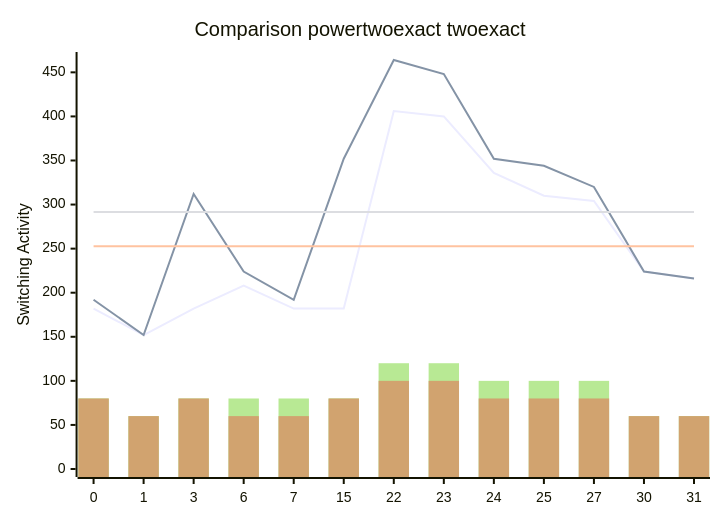
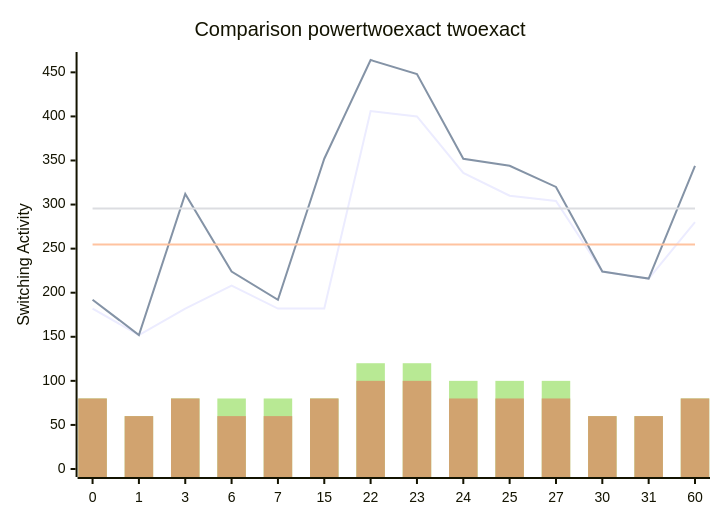
One commit to FeldmeierMichael/Exact-Power-Synthesis changed the diagram in benchmark_opt.md. Above: the diagram before and after it, drawn with Mermaid. The commit also changed other lines of this file, not shown here.

````diff
--- a/benchmark_opt.md
+++ b/benchmark_opt.md
@@ -31,12 +33,12 @@
 ```mermaid
 xychart-beta
     title "Comparison powertwoexact twoexact"
-    x-axis [0, 1, 3, 6, 7, 15, 22, 23, 24, 25, 27, 30, 31]
+    x-axis [0, 1, 3, 6, 7, 15, 22, 23, 24, 25, 27, 30, 31, 60]
     y-axis "Switching Activity" 0-->464
-    line [182, 152, 182, 208, 182, 182, 406, 400, 336, 310, 304, 224, 216]
-    line [192, 152, 312, 224, 192, 352, 464, 448, 352, 344, 320, 224, 216]
-    line [252.6153846153846, 252.6153846153846, 252.6153846153846, 252.6153846153846, 252.6153846153846, 252.6153846153846, 252.6153846153846, 252.6153846153846, 252.6153846153846, 252.6153846153846, 252.6153846153846, 252.6153846153846, 252.6153846153846]
-    line [291.6923076923077, 291.6923076923077, 291.6923076923077, 291.6923076923077, 291.6923076923077, 291.6923076923077, 291.6923076923077, 291.6923076923077, 291.6923076923077, 291.6923076923077, 291.6923076923077, 291.6923076923077, 291.6923076923077]
-    bar [80, 60, 80, 80, 80, 80, 120, 120, 100, 100, 100, 60, 60]
-    bar [80, 60, 80, 60, 60, 80, 100, 100, 80, 80, 80, 60, 60]
+    line [182, 152, 182, 208, 182, 182, 406, 400, 336, 310, 304, 224, 216, 280]
+    line [192, 152, 312, 224, 192, 352, 464, 448, 352, 344, 320, 224, 216, 344]
+    line [254.57142857142858, 254.57142857142858, 254.57142857142858, 254.57142857142858, 254.57142857142858, 254.57142857142858, 254.57142857142858, 254.57142857142858, 254.57142857142858, 254.57142857142858, 254.57142857142858, 254.57142857142858, 254.57142857142858, 254.57142857142858]
+    line [295.42857142857144, 295.42857142857144, 295.42857142857144, 295.42857142857144, 295.42857142857144, 295.42857142857144, 295.42857142857144, 295.42857142857144, 295.42857142857144, 295.42857142857144, 295.42857142857144, 295.42857142857144, 295.42857142857144, 295.42857142857144]
+    bar [80, 60, 80, 80, 80, 80, 120, 120, 100, 100, 100, 60, 60, 80]
+    bar [80, 60, 80, 60, 60, 80, 100, 100, 80, 80, 80, 60, 60, 80]
 ```
````
